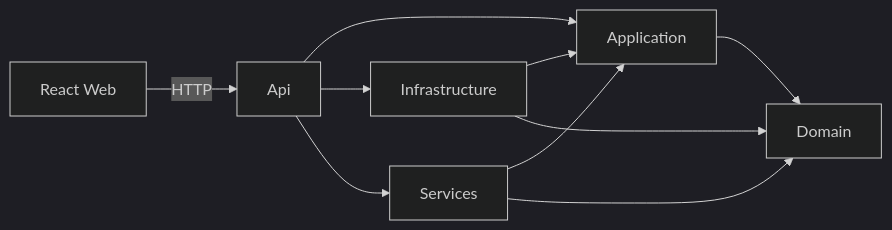
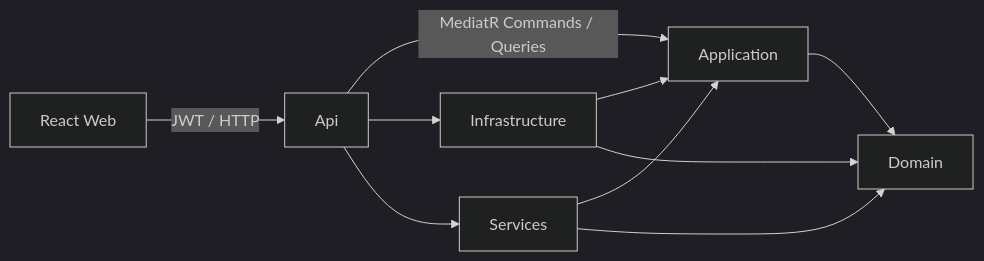
Before and after one commit to daperdomo/GestionSolicitudes: the first of 2 diagrams in docs/arquitectura.md, drawn with Mermaid (dark theme). The commit also changed other lines of this file and 140 other files, not shown here.

First line of the commit message:
Entities, commands, queries and services creation.

````diff
--- a/docs/arquitectura.md
+++ b/docs/arquitectura.md
@@ -8,12 +5,12 @@
 ```mermaid
 flowchart LR
-    Web[React Web] -->|HTTP| Api
-    Api --> Application
+    Web[React Web] -->|JWT / HTTP| Api
+    Api -->|MediatR Commands / Queries| Application
     Api --> Infrastructure
     Api --> Services
     Infrastructure --> Application
     Infrastructure --> Domain
     Services --> Application
     Services --> Domain
     Application --> Domain
 ```
````
